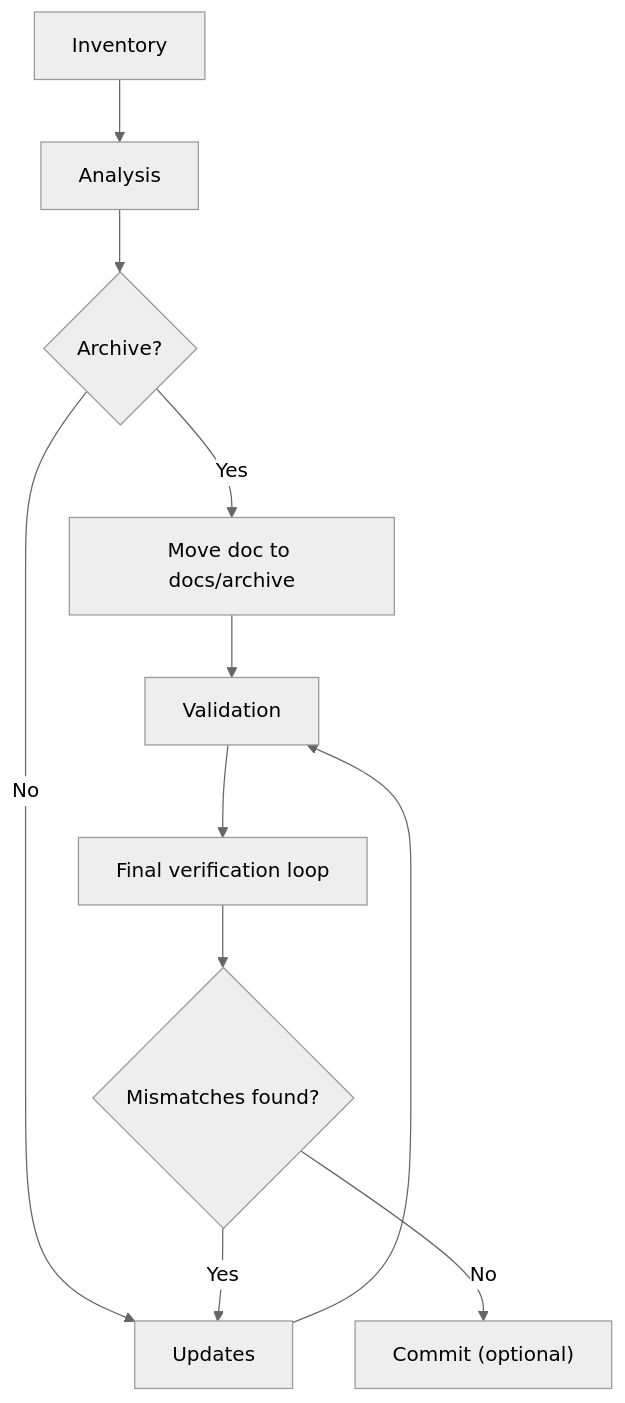
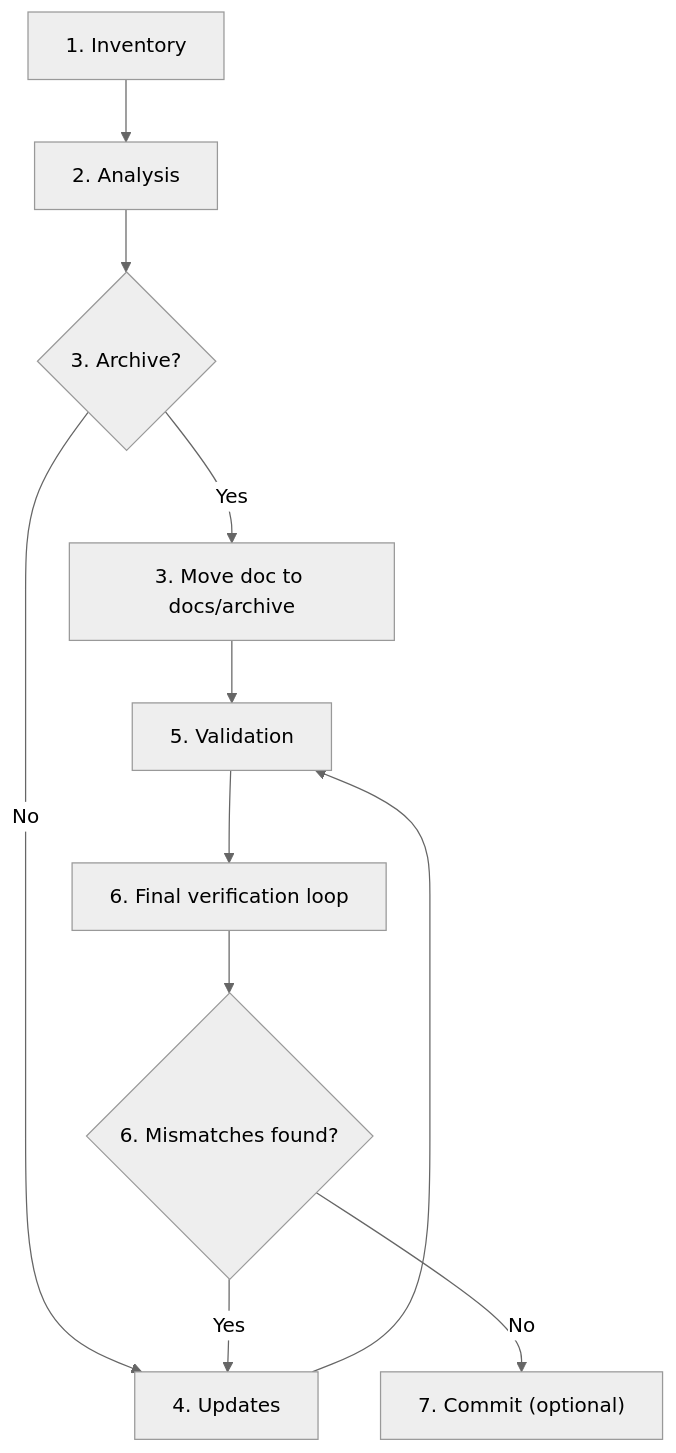
One commit to raphaelmansuy/edgequake changed the first of 2 diagrams in specs/update-doc-template.md. Above: the diagram before and after it, drawn with Mermaid (neutral theme). The commit also changed other lines of this file and 1 other file, not shown here.

````diff
--- a/specs/update-doc-template.md
+++ b/specs/update-doc-template.md
@@ -71,13 +71,13 @@
 ```mermaid
 flowchart TD
-	A[Inventory] --> B[Analysis]
-	B --> C{Archive?}
-	C -->|Yes| D[Move doc to docs/archive]
-	C -->|No| E[Updates]
-	D --> F[Validation]
-	E --> F
-	F --> G[Final verification loop]
-	G --> H{Mismatches found?}
-	H -->|Yes| E
-	H -->|No| I["Commit (optional)"]
+  A[1. Inventory] --> B[2. Analysis]
+  B --> C{3. Archive?}
+  C -->|Yes| D[3. Move doc to docs/archive]
+  C -->|No| E[4. Updates]
+  D --> F[5. Validation]
+  E --> F
+  F --> G[6. Final verification loop]
+  G --> H{6. Mismatches found?}
+  H -->|Yes| E
+  H -->|No| I["7. Commit (optional)"]
 ```
````
